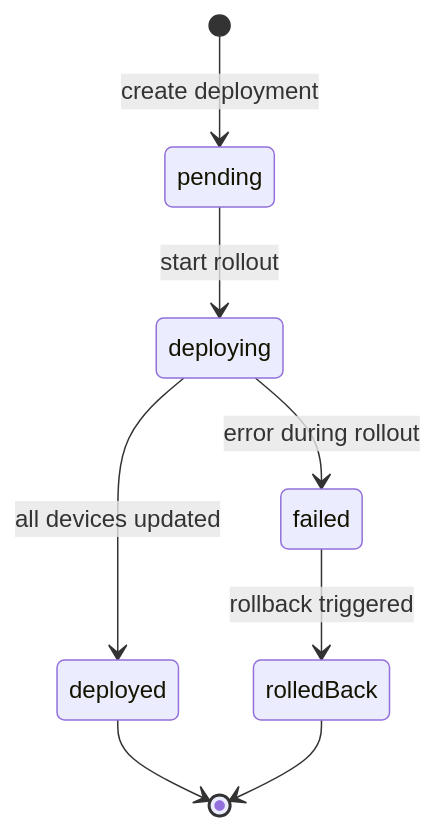
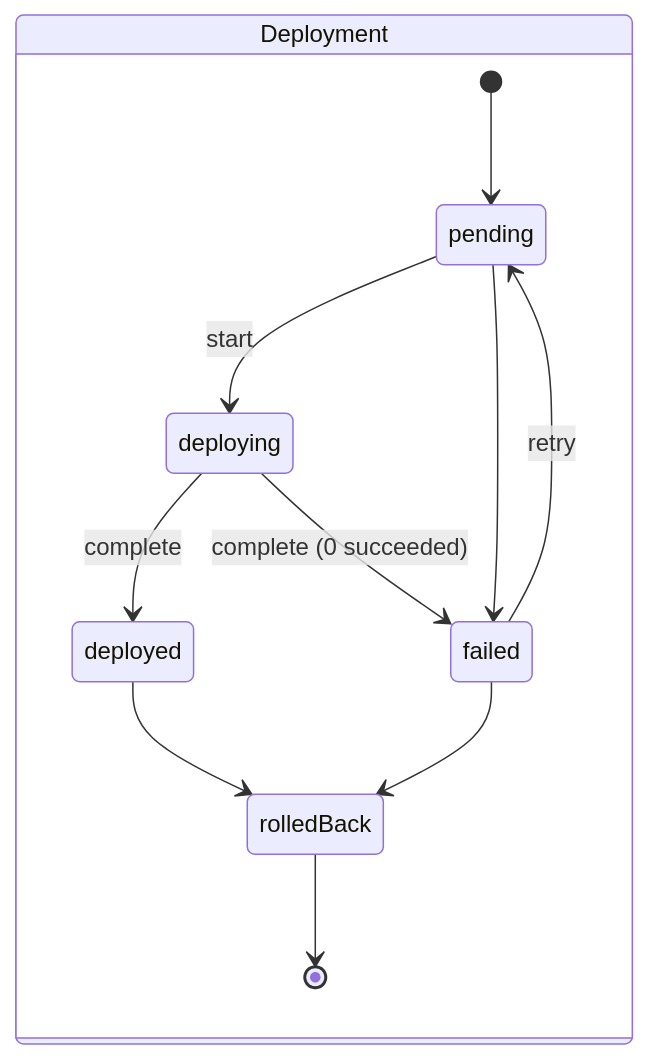
One commit to UIMSolutions/uim-platform changed the seventh of 8 diagrams in agentry/UML.md. Above: the diagram before and after it, drawn with Mermaid. The commit also changed other lines of this file and 80 other files, not shown here.

First line of the commit message:
Refactor OAuth 2.0 Service: Update UML documentation, add approuter configuration, and restructure Kubernetes deployment

````diff
--- a/agentry/UML.md
+++ b/agentry/UML.md
@@ -185,10 +152,15 @@
 ```mermaid
 stateDiagram-v2
-    [*] --> pending : create deployment
-    pending --> deploying : start rollout
-    deploying --> deployed : all devices updated
-    deploying --> failed : error during rollout
-    failed --> rolledBack : rollback triggered
-    deployed --> [*]
+  direction LR
+  state "Deployment" as P {
+    [*] --> pending
+    pending --> deploying: start
+    pending --> failed
+    deploying --> deployed: complete
+    deploying --> failed: complete (0 succeeded)
+    failed --> pending: retry
+    deployed --> rolledBack
+    failed --> rolledBack
     rolledBack --> [*]
+  }
 ```
````
